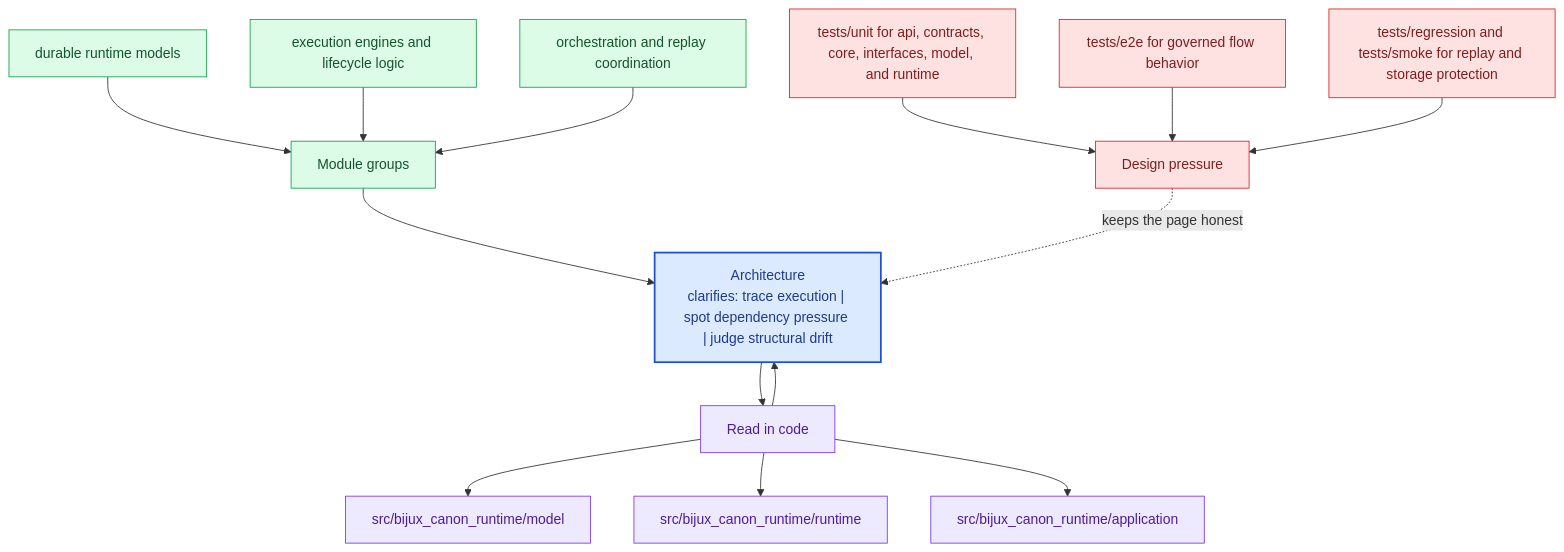
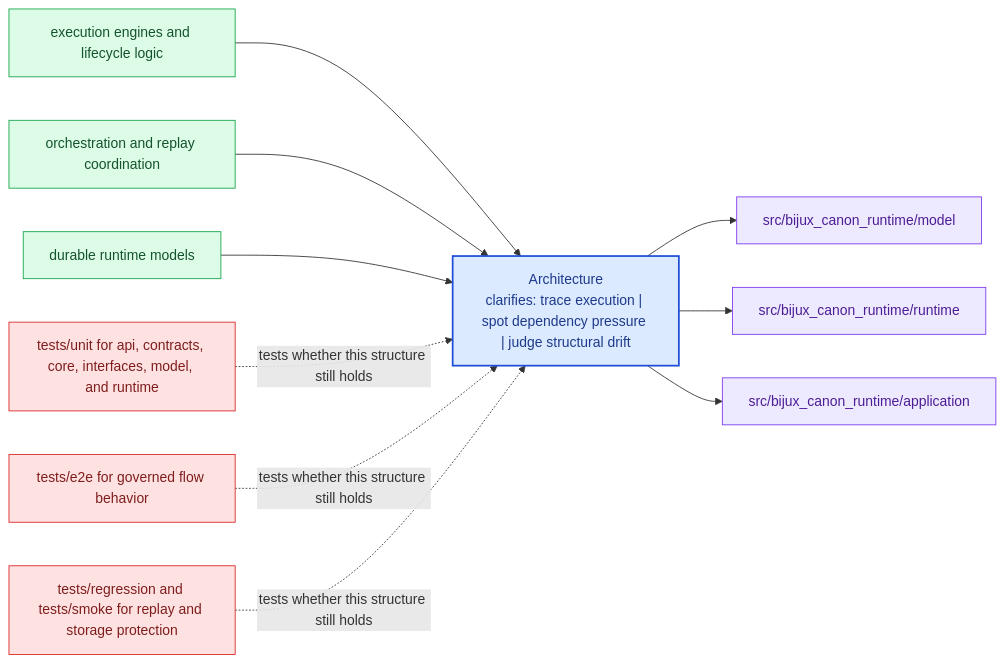
Before and after one commit to bijux/bijux-canon: the diagram in docs/bijux-canon-runtime/architecture/index.md, drawn with Mermaid. The commit also changed other lines of this file and 281 other files, not shown here.

Commit message:
docs(diagrams): replace repeated mermaid scaffolds with page-specific summaries

````diff
--- a/docs/bijux-canon-runtime/architecture/index.md
+++ b/docs/bijux-canon-runtime/architecture/index.md
@@ -65,40 +20,31 @@
 ```mermaid
-flowchart TB
-    promise["Architecture<br/>clarifies: trace execution | spot dependency pressure | judge structural drift"]
-    classDef promise fill:#dbeafe,stroke:#1d4ed8,color:#1e3a8a,stroke-width:2px;
-    classDef driver fill:#dcfce7,stroke:#16a34a,color:#14532d;
-    classDef constraint fill:#fee2e2,stroke:#dc2626,color:#7f1d1d;
-    classDef ground fill:#ede9fe,stroke:#7c3aed,color:#4c1d95;
-    focus1["Module groups"]
-    focus1 --> promise
-    focus1_1["durable runtime models"]
-    focus1_1 --> focus1
-    focus1_2["execution engines and lifecycle logic"]
-    focus1_2 --> focus1
-    focus1_3["orchestration and replay coordination"]
-    focus1_3 --> focus1
-    class focus1 driver;
-    class focus1_1,focus1_2,focus1_3 driver;
-    focus2["Read in code"]
-    focus2 --> promise
-    promise --> focus2
-    focus2_1["src/bijux_canon_runtime/model"]
-    focus2 --> focus2_1
-    focus2_2["src/bijux_canon_runtime/runtime"]
-    focus2 --> focus2_2
-    focus2_3["src/bijux_canon_runtime/application"]
-    focus2 --> focus2_3
-    class focus2 ground;
-    class focus2_1,focus2_2,focus2_3 ground;
-    focus3["Design pressure"]
-    focus3 -.keeps the page honest.-> promise
-    focus3_1["tests/unit for api, contracts, core, interfaces, model, and runtime"]
-    focus3_1 --> focus3
-    focus3_2["tests/e2e for governed flow behavior"]
-    focus3_2 --> focus3
-    focus3_3["tests/regression and tests/smoke for replay and storage protection"]
-    focus3_3 --> focus3
-    class focus3 constraint;
-    class focus3_1,focus3_2,focus3_3 constraint;
-    class promise promise;
+flowchart LR
+    page["Architecture<br/>clarifies: trace execution | spot dependency pressure | judge structural drift"]
+    classDef page fill:#dbeafe,stroke:#1d4ed8,color:#1e3a8a,stroke-width:2px;
+    classDef positive fill:#dcfce7,stroke:#16a34a,color:#14532d;
+    classDef caution fill:#fee2e2,stroke:#dc2626,color:#7f1d1d;
+    classDef anchor fill:#ede9fe,stroke:#7c3aed,color:#4c1d95;
+    classDef action fill:#fef3c7,stroke:#d97706,color:#7c2d12;
+    module1["execution engines and lifecycle logic"]
+    module1 --> page
+    module2["orchestration and replay coordination"]
+    module2 --> page
+    module3["durable runtime models"]
+    module3 --> page
+    code1["src/bijux_canon_runtime/model"]
+    page --> code1
+    code2["src/bijux_canon_runtime/runtime"]
+    page --> code2
+    code3["src/bijux_canon_runtime/application"]
+    page --> code3
+    pressure1["tests/unit for api, contracts, core, interfaces, model, and runtime"]
+    pressure1 -.tests whether this structure still holds.-> page
+    pressure2["tests/e2e for governed flow behavior"]
+    pressure2 -.tests whether this structure still holds.-> page
+    pressure3["tests/regression and tests/smoke for replay and storage protection"]
+    pressure3 -.tests whether this structure still holds.-> page
+    class page page;
+    class module1,module2,module3 positive;
+    class code1,code2,code3 anchor;
+    class pressure1,pressure2,pressure3 caution;
 ```
````
